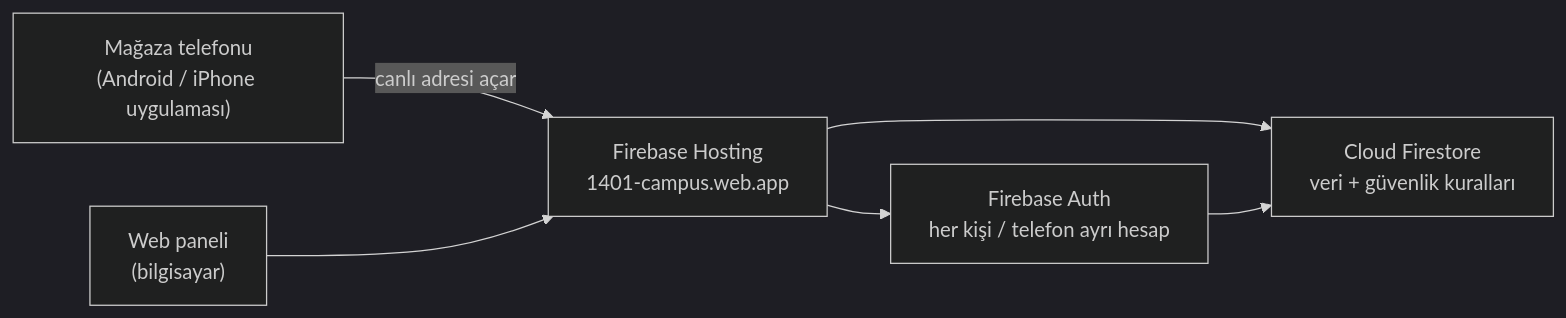
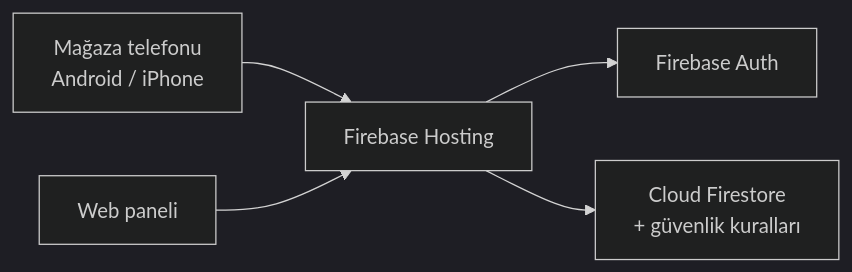
Before and after one commit to ksoybil-sketch/1401-playbook: the diagram in README.md, drawn with Mermaid (dark theme). The commit also changed other lines of this file and 4 other files, not shown here.

````diff
--- a/README.md
+++ b/README.md
@@ -76,8 +26,7 @@
 ```mermaid
 flowchart LR
-  T["Mağaza telefonu<br/>(Android / iPhone uygulaması)"] -- "canlı adresi açar" --> H
-  P["Web paneli<br/>(bilgisayar)"] --> H
-  H["Firebase Hosting<br/>1401-campus.web.app"] --> A["Firebase Auth<br/>her kişi / telefon ayrı hesap"]
-  H --> F["Cloud Firestore<br/>veri + güvenlik kuralları"]
-  A --> F
+  T["Mağaza telefonu<br/>Android / iPhone"] --> H["Firebase Hosting"]
+  P["Web paneli"] --> H
+  H --> A["Firebase Auth"]
+  H --> F["Cloud Firestore<br/>+ güvenlik kuralları"]
 ```
````
